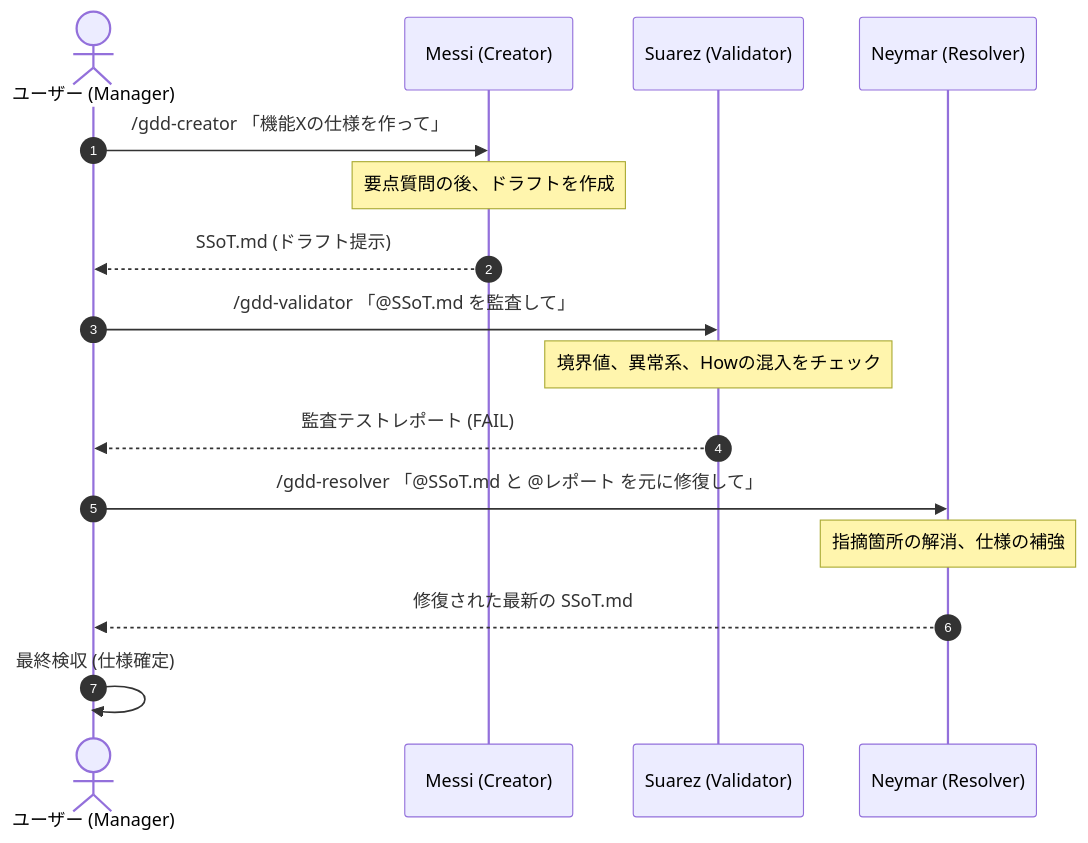
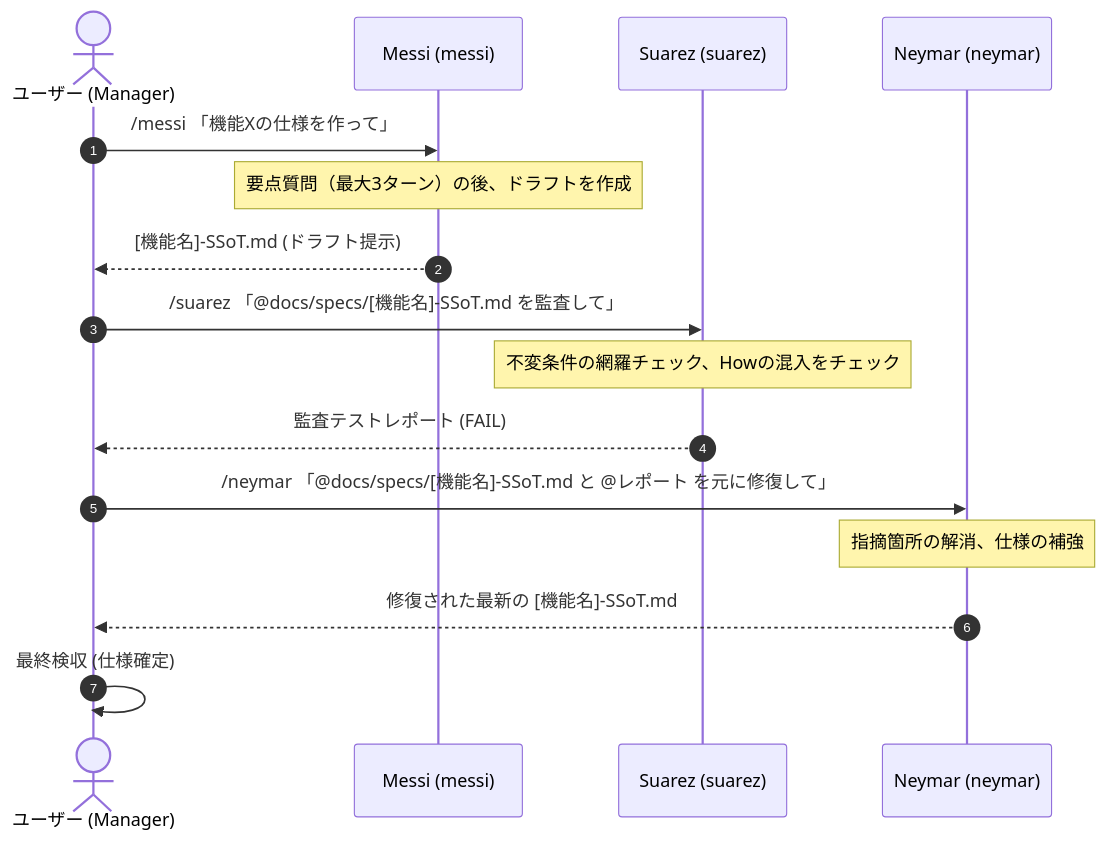
Before and after one commit to sawadeeeeen/msn-spec: the second of 2 diagrams in README.md, drawn with Mermaid. The commit also changed other lines of this file and 5 other files, not shown here.

Commit message:
refactor(msn-spec): rename skills to messi, suarez, and neymar for better UX and faster autocomplete

````diff
--- a/README.md
+++ b/README.md
@@ -90,22 +91,22 @@
 ```mermaid
 sequenceDiagram
     autonumber
     actor Manager as ユーザー (Manager)
-    participant Messi as Messi (Creator)
-    participant Suarez as Suarez (Validator)
-    participant Neymar as Neymar (Resolver)
+    participant Messi as Messi (messi)
+    participant Suarez as Suarez (suarez)
+    participant Neymar as Neymar (neymar)
 
-    Manager->>Messi: /gdd-creator 「機能Xの仕様を作って」
-    Note over Messi: 要点質問の後、ドラフトを作成
-    Messi-->>Manager: SSoT.md (ドラフト提示)
+    Manager->>Messi: /messi 「機能Xの仕様を作って」
+    Note over Messi: 要点質問（最大3ターン）の後、ドラフトを作成
+    Messi-->>Manager: [機能名]-SSoT.md (ドラフト提示)
 
-    Manager->>Suarez: /gdd-validator 「@SSoT.md を監査して」
-    Note over Suarez: 境界値、異常系、Howの混入をチェック
+    Manager->>Suarez: /suarez 「@docs/specs/[機能名]-SSoT.md を監査して」
+    Note over Suarez: 不変条件の網羅チェック、Howの混入をチェック
     Suarez-->>Manager: 監査テストレポート (FAIL)
 
-    Manager->>Neymar: /gdd-resolver 「@SSoT.md と @レポート を元に修復して」
+    Manager->>Neymar: /neymar 「@docs/specs/[機能名]-SSoT.md と @レポート を元に修復して」
     Note over Neymar: 指摘箇所の解消、仕様の補強
-    Neymar-->>Manager: 修復された最新の SSoT.md
+    Neymar-->>Manager: 修復された最新の [機能名]-SSoT.md
 
     Manager->>Manager: 最終検収 (仕様確定)
 ```
````
